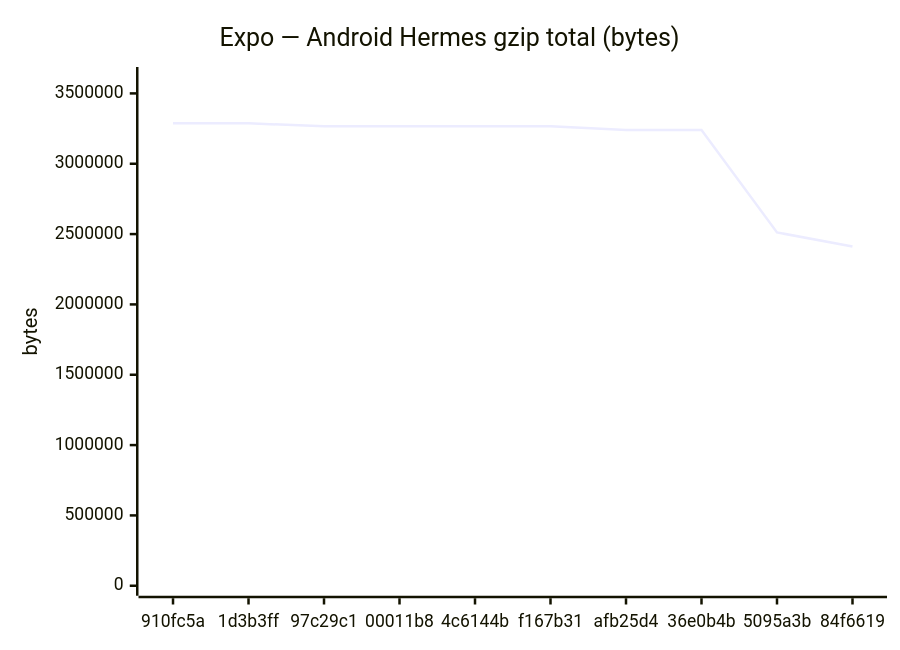
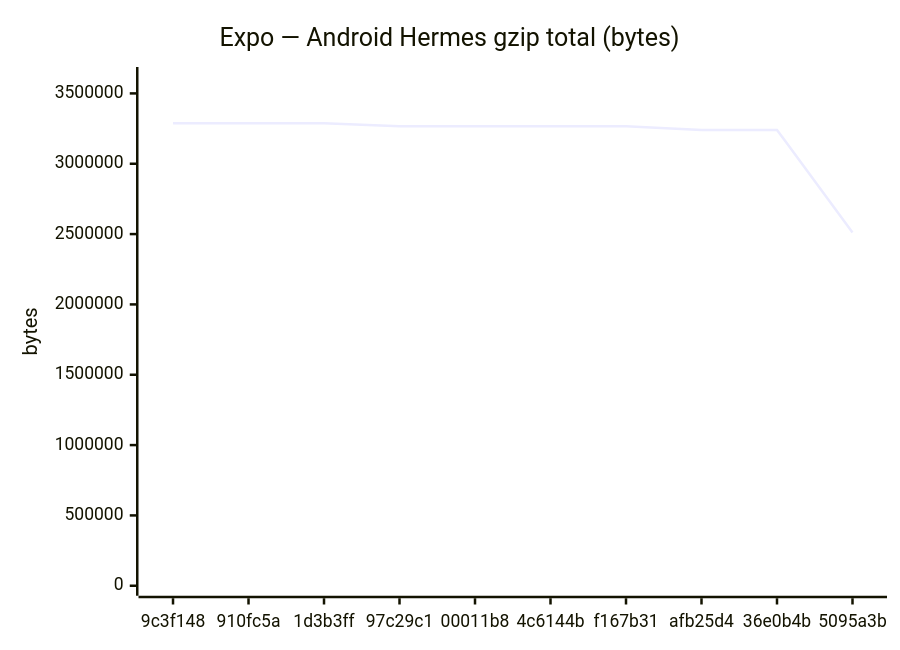
Before and after one commit to Metaheurist/Rianell: the fifth of 18 diagrams in benchmarks/compare.md, drawn with Mermaid. The commit also changed other lines of this file and 11 other files, not shown here.

````diff
--- a/benchmarks/compare.md
+++ b/benchmarks/compare.md
@@ -89,7 +89,7 @@
 ```mermaid
 xychart-beta
     title "Expo — Android Hermes gzip total (bytes)"
-    x-axis ["910fc5a", "1d3b3ff", "97c29c1", "00011b8", "4c6144b", "f167b31", "afb25d4", "36e0b4b", "5095a3b", "84f6619"]
+    x-axis ["9c3f148", "910fc5a", "1d3b3ff", "97c29c1", "00011b8", "4c6144b", "f167b31", "afb25d4", "36e0b4b", "5095a3b"]
     y-axis "bytes" 0 --> 3616656
-    line [3287869, 3287424, 3266092, 3266094, 3266092, 3266093, 3239886, 3240548, 2511667, 2411913]
+    line [3287424, 3287869, 3287424, 3266092, 3266094, 3266092, 3266093, 3239886, 3240548, 2511667]
 ```
````
